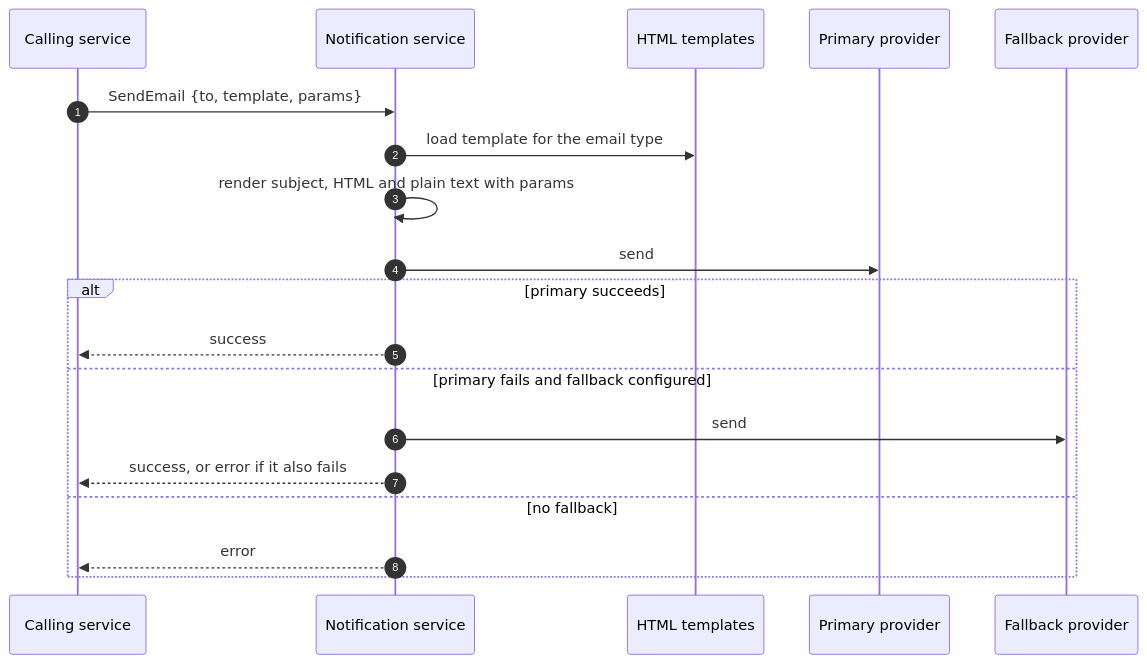
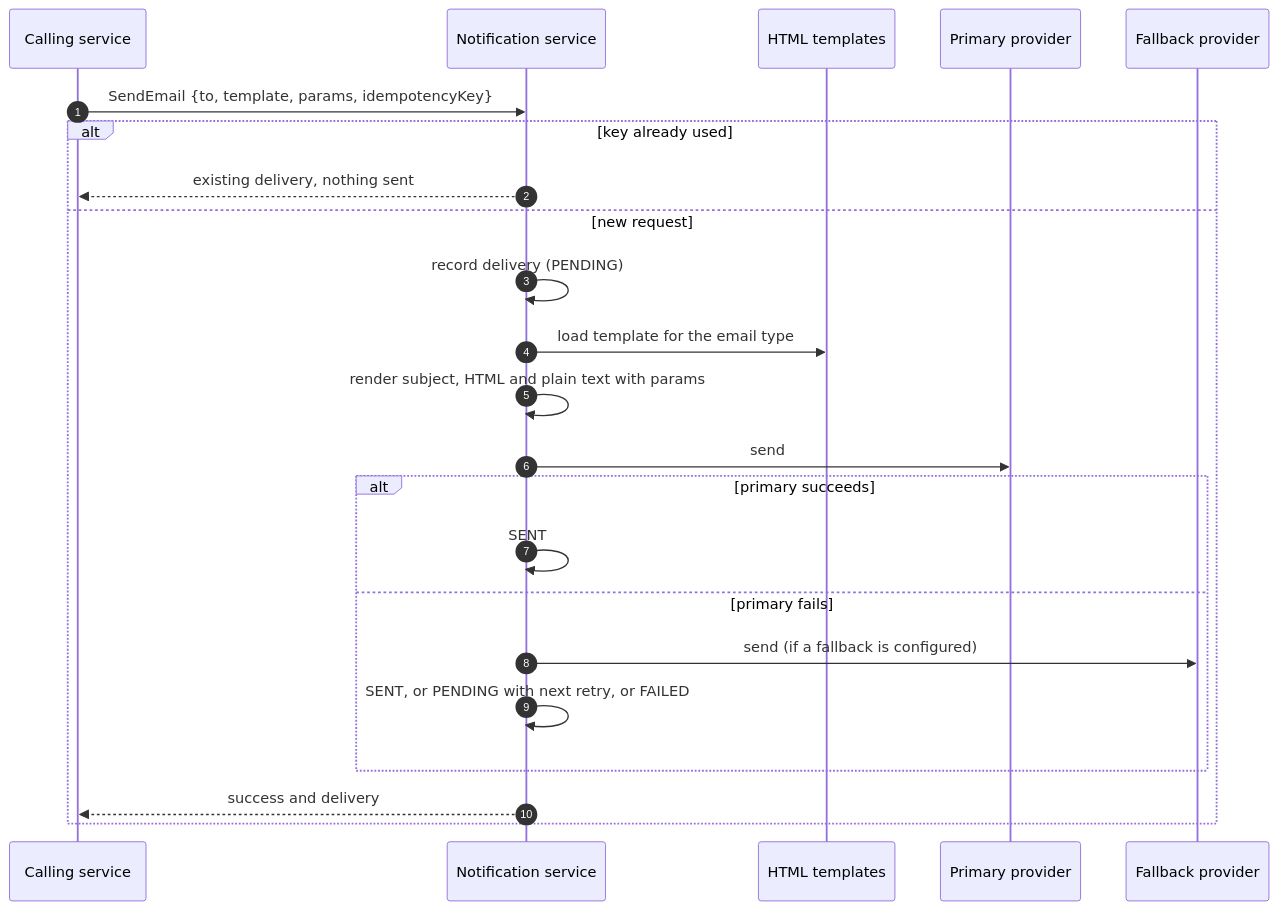
The diagram in docs/notification-service/README.md (PCPI-UN/Iris), drawn with Mermaid before and after one commit. The commit also changed other lines of this file and 29 other files, not shown here.

First line of the commit message:
[CU-86e3vmz0f]: record email sends, retry failures and dedupe by idempotency key

````diff
--- a/docs/notification-service/README.md
+++ b/docs/notification-service/README.md
@@ -51,22 +63,26 @@
 ```mermaid
 sequenceDiagram
     autonumber
     participant C as Calling service
     participant N as Notification service
     participant T as HTML templates
     participant P as Primary provider
     participant F as Fallback provider
 
-    C->>N: SendEmail {to, template, params}
-    N->>T: load template for the email type
-    N->>N: render subject, HTML and plain text with params
-    N->>P: send
-    alt primary succeeds
-        N-->>C: success
-    else primary fails and fallback configured
-        N->>F: send
-        N-->>C: success, or error if it also fails
-    else no fallback
-        N-->>C: error
+    C->>N: SendEmail {to, template, params, idempotencyKey}
+    alt key already used
+        N-->>C: existing delivery, nothing sent
+    else new request
+        N->>N: record delivery (PENDING)
+        N->>T: load template for the email type
+        N->>N: render subject, HTML and plain text with params
+        N->>P: send
+        alt primary succeeds
+            N->>N: SENT
+        else primary fails
+            N->>F: send (if a fallback is configured)
+            N->>N: SENT, or PENDING with next retry, or FAILED
+        end
+        N-->>C: success and delivery
     end
 ```
````
